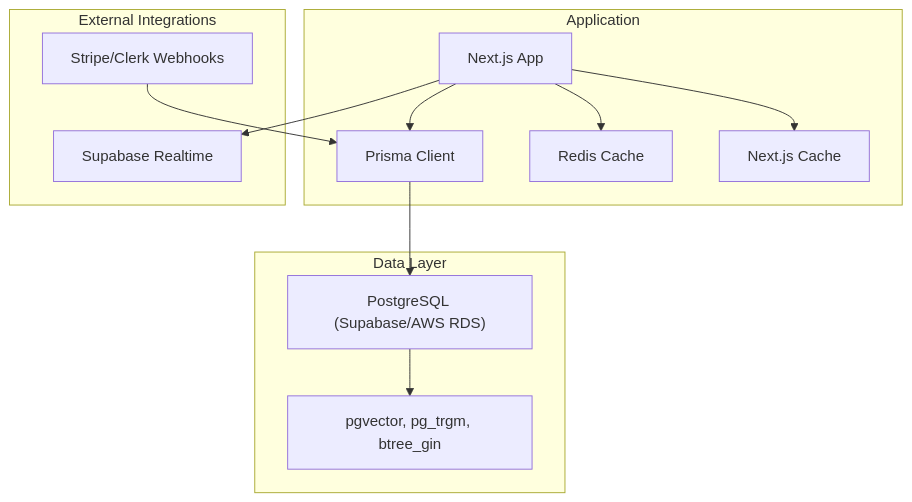
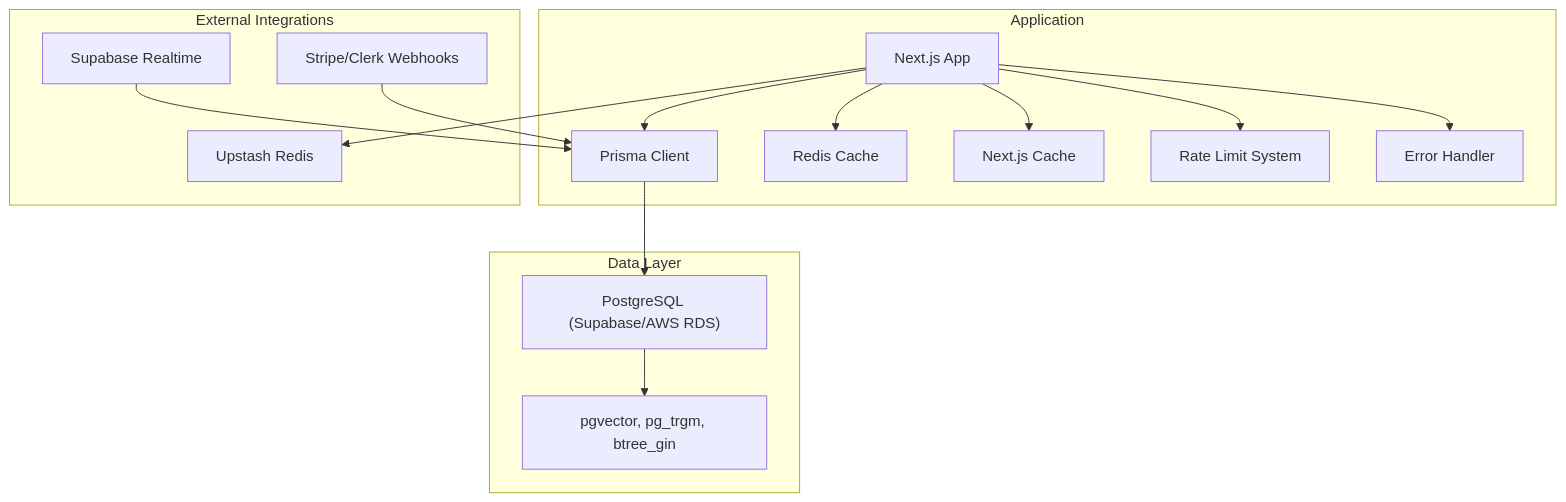
The first of 6 diagrams in .qoder/repowiki/en/content/Data Management/Data Management.md (ecryptoguru/lyraalpha), drawn with Mermaid before and after one commit. The commit also changed other lines of this file and 95 other files, not shown here.

````diff
--- a/.qoder/repowiki/en/content/Data Management/Data Management.md
+++ b/.qoder/repowiki/en/content/Data Management/Data Management.md
@@ -41,24 +63,30 @@
 ```mermaid
 graph TB
 subgraph "Application"
 A["Next.js App"]
 B["Prisma Client"]
 C["Redis Cache"]
 D["Next.js Cache"]
+E["Rate Limit System"]
+F["Error Handler"]
 end
 subgraph "Data Layer"
-E["PostgreSQL (Supabase/AWS RDS)"]
-F["pgvector, pg_trgm, btree_gin"]
+G["PostgreSQL (Supabase/AWS RDS)"]
+H["pgvector, pg_trgm, btree_gin"]
 end
 subgraph "External Integrations"
-G["Supabase Realtime"]
-H["Stripe/Clerk Webhooks"]
+I["Supabase Realtime"]
+J["Stripe/Clerk Webhooks"]
+K["Upstash Redis"]
 end
 A --> B
-B --> E
-E --> F
+B --> G
+G --> H
 A --> C
 A --> D
-A --> G
-H --> B
+A --> E
+A --> F
+A --> K
+I --> B
+J --> B
 ```
````
